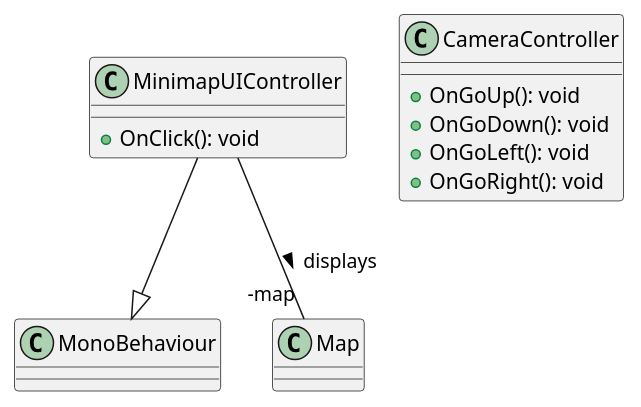
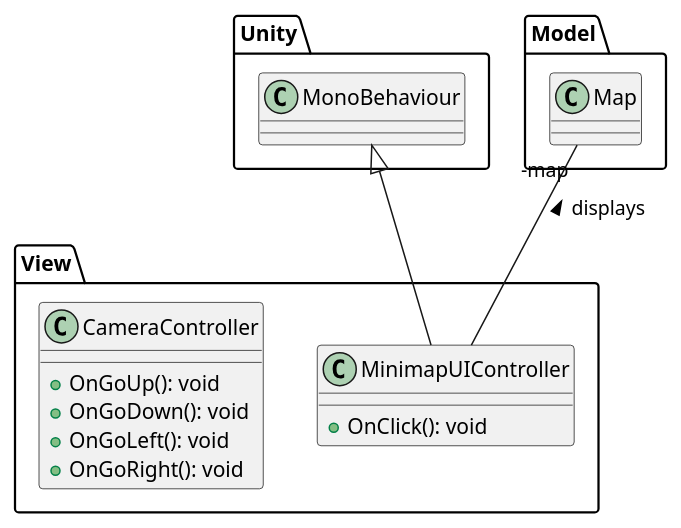
One commit to Peter-Balint/SafariGame changed the diagram in view/minimap.plantuml. Above: the diagram before and after it, drawn with PlantUML. The commit also changed 9 other files, not shown here.

Commit message:
added namespaces to smaller diagrams for connections

```diff
--- a/view/minimap.plantuml
+++ b/view/minimap.plantuml
@@ -1,17 +1,18 @@
 @startuml
+namespace View{
 class MinimapUIController{
     +OnClick(): void
 
 }
 
 class CameraController{
     +OnGoUp(): void
     +OnGoDown(): void
     +OnGoLeft(): void
     +OnGoRight(): void
     
 }
-
-MinimapUIController --|> MonoBehaviour
-MinimapUIController -- "-map" Map: displays >
+}
+MinimapUIController -up-|> Unity.MonoBehaviour
+MinimapUIController -up- "-map" Model.Map: displays >
 @enduml
```
